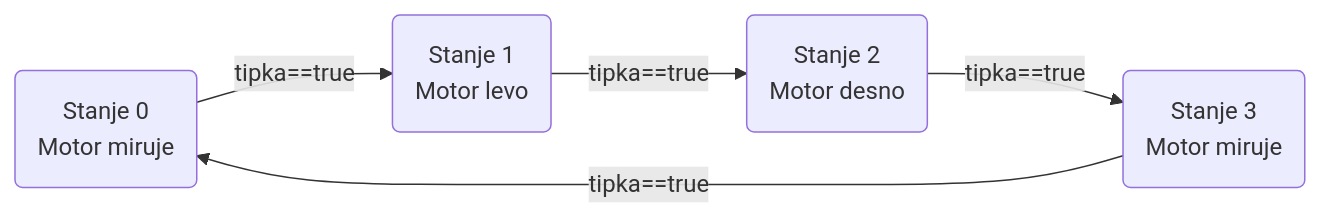
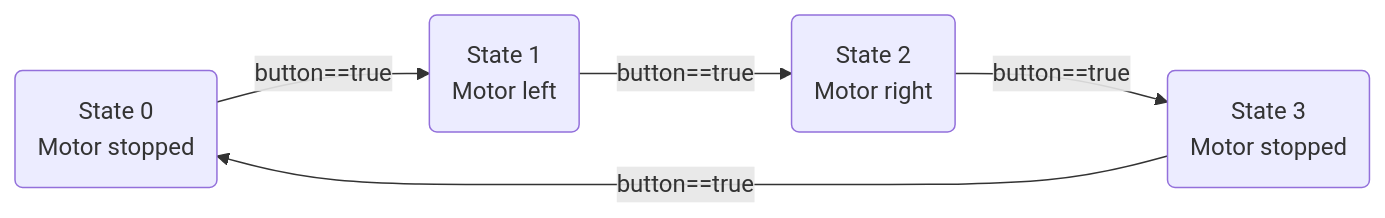
Before and after one commit to fsprojekti/wiki: the second of 3 diagrams in en/programiranje/implementacija-moorovega-avtomata.md, drawn with Mermaid. The commit also changed other lines of this file and 24 other files, not shown here.

````diff
--- a/en/programiranje/implementacija-moorovega-avtomata.md
+++ b/en/programiranje/implementacija-moorovega-avtomata.md
@@ -47,7 +47,7 @@
 ```mermaid
 graph LR
-A(Stanje 0<br> Motor miruje)-->|tipka==true|B(Stanje 1<br> Motor levo)
-B-->|tipka==true|C(Stanje 2<br> Motor desno)
-C-->|tipka==true|D(Stanje 3<br> Motor miruje)
-D-->|tipka==true|A
+A(State 0<br> Motor stopped)-->|button==true|B(State 1<br> Motor left)
+B-->|button==true|C(State 2<br> Motor right)
+C-->|button==true|D(State 3<br> Motor stopped)
+D-->|button==true|A
 ```
````
